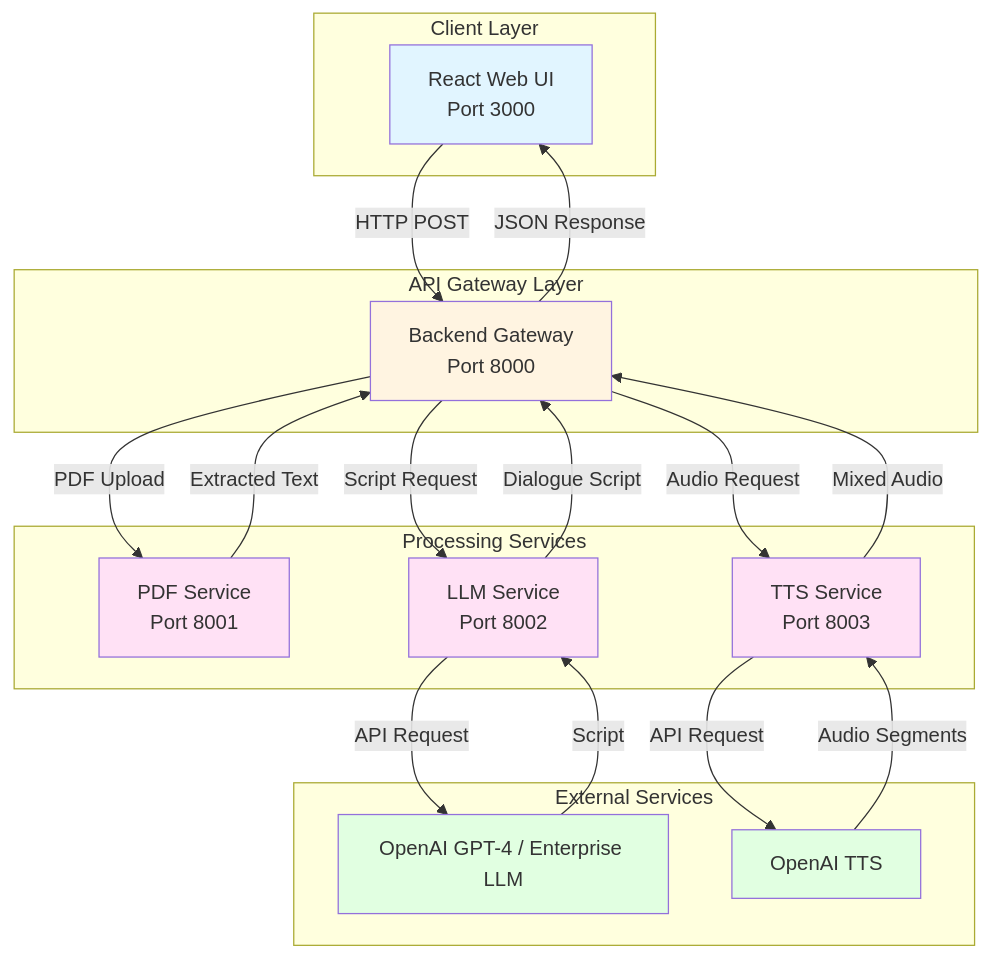
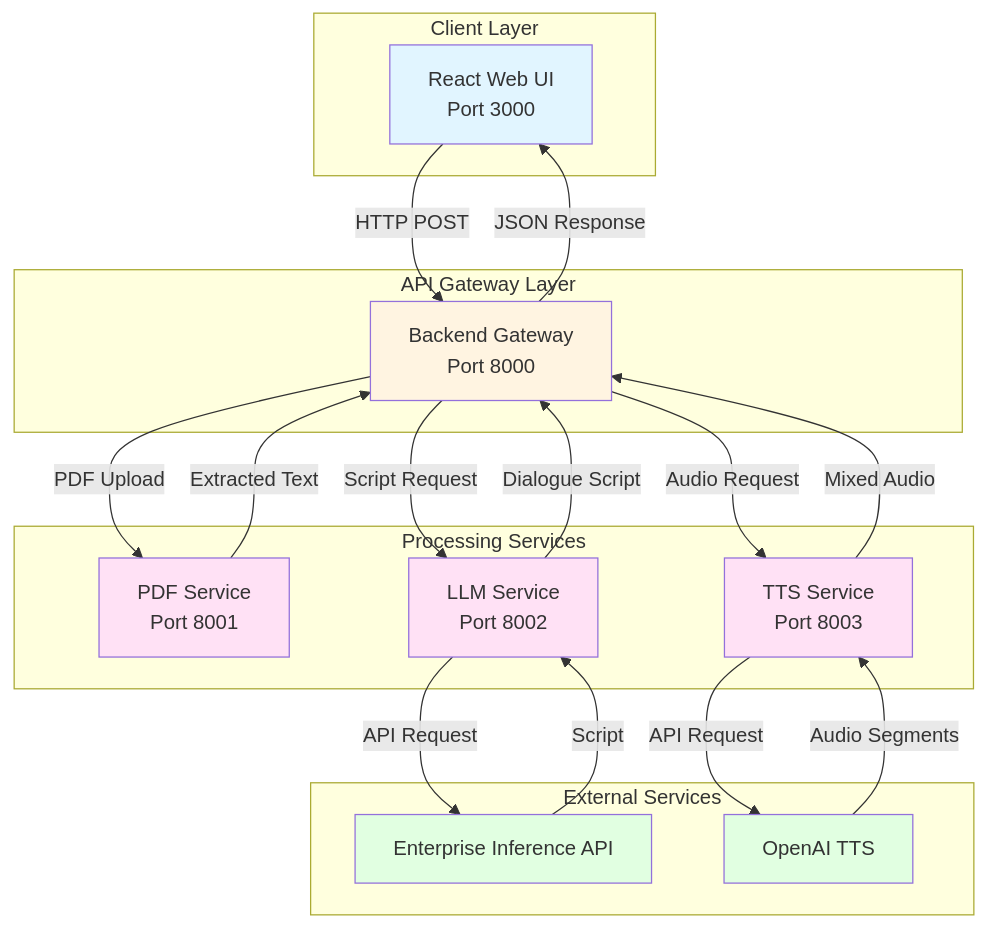
One commit to opea-project/GenAIExamples changed the diagram in PdfToPodcast/README.md. Above: the diagram before and after it, drawn with Mermaid. The commit also changed other lines of this file and 8 other files, not shown here.

Commit message:
replace Keycloak authentication with token-based inference API authentication

````diff
--- a/PdfToPodcast/README.md
+++ b/PdfToPodcast/README.md
@@ -40,42 +40,42 @@
 ```mermaid
 graph TB
     subgraph "Client Layer"
         A[React Web UI<br/>Port 3000]
     end
 
     subgraph "API Gateway Layer"
         B[Backend Gateway<br/>Port 8000]
     end
 
     subgraph "Processing Services"
         C[PDF Service<br/>Port 8001]
         D[LLM Service<br/>Port 8002]
         E[TTS Service<br/>Port 8003]
     end
 
     subgraph "External Services"
-        F[OpenAI GPT-4 / Enterprise LLM]
+        F[Enterprise Inference API]
         G[OpenAI TTS]
     end
 
     A -->|HTTP POST| B
     B -->|PDF Upload| C
     B -->|Script Request| D
     B -->|Audio Request| E
     C -->|Extracted Text| B
     D -->|API Request| F
     F -->|Script| D
     D -->|Dialogue Script| B
     E -->|API Request| G
     G -->|Audio Segments| E
     E -->|Mixed Audio| B
     B -->|JSON Response| A
 
     style A fill:#e1f5ff
     style B fill:#fff4e1
     style C fill:#ffe1f5
     style D fill:#ffe1f5
     style E fill:#ffe1f5
     style F fill:#e1ffe1
     style G fill:#e1ffe1
 ```
````
